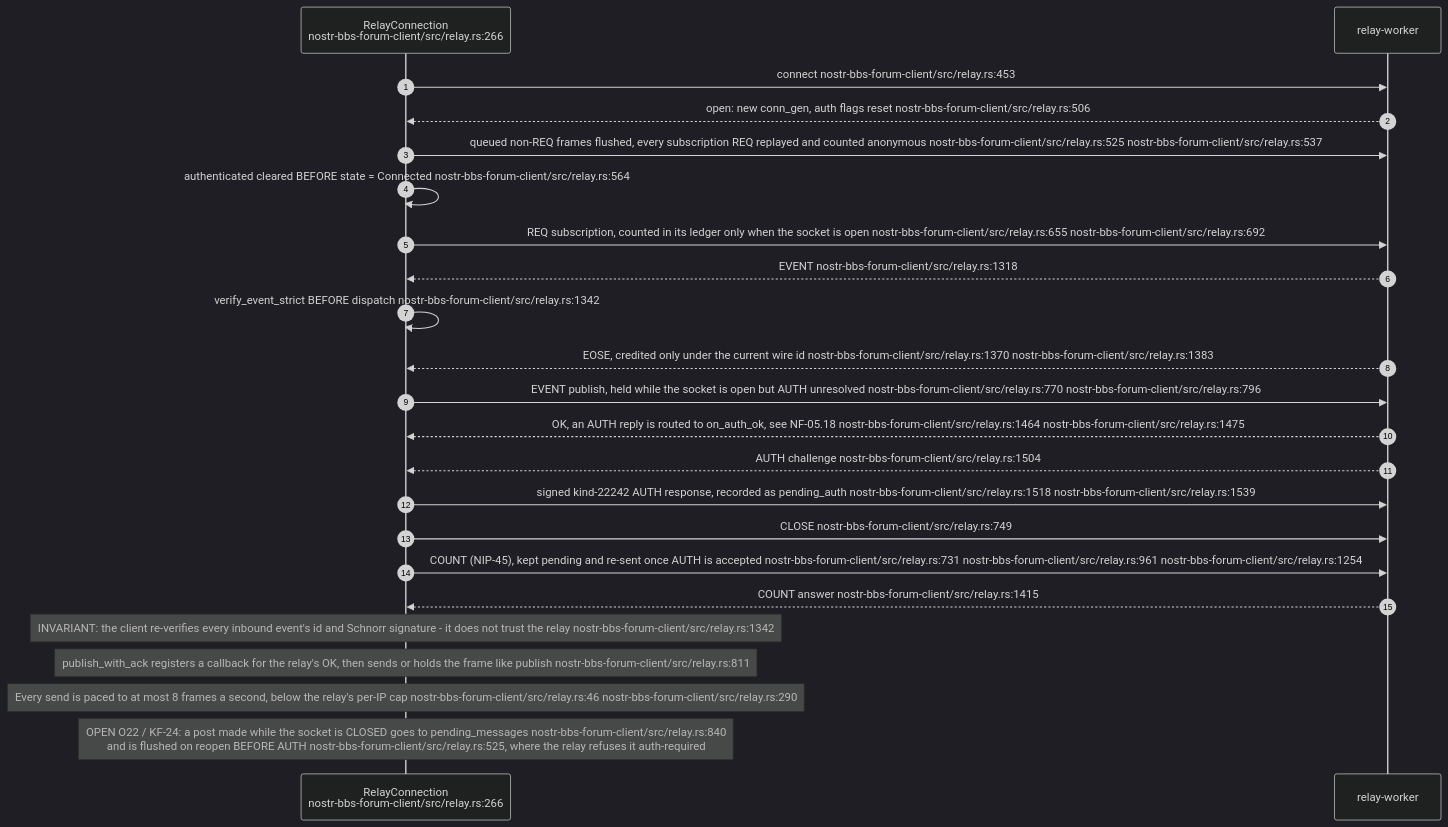
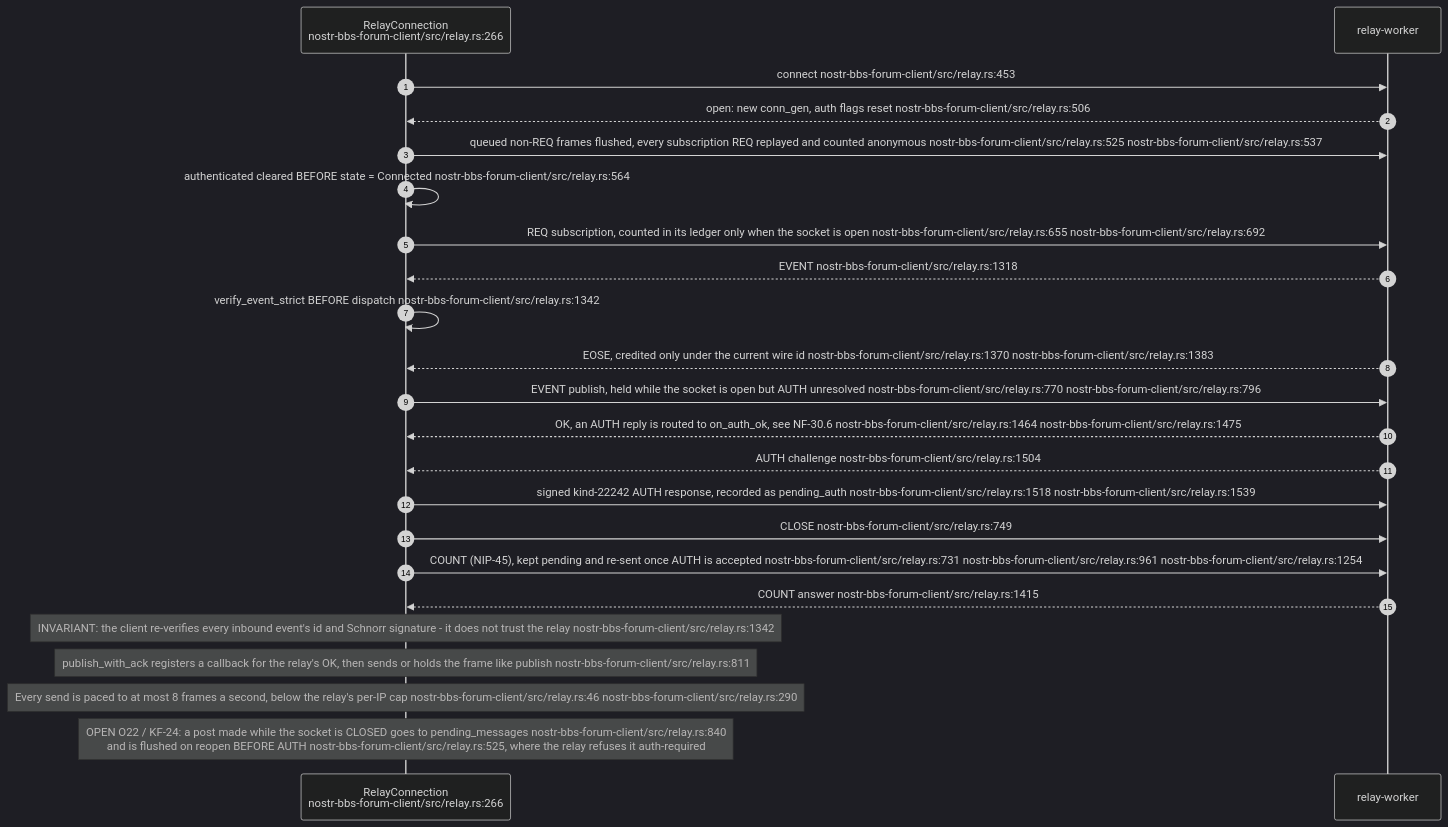
One commit to DreamLab-AI/VisionFlow changed the fifth of 8 diagrams in docs/diagrams/nostr-rust-forum/05-leptos-clients-onboarding-messaging-governance.md. Above: the diagram before and after it, drawn with Mermaid (dark theme). The commit also changed other lines of this file and 6 other files, not shown here.

First line of the commit message:
docs(diagrams): split NF-05 into NF-05, NF-30 (messaging) and NF-31 (BBS, zones, push)

````diff
--- a/docs/diagrams/nostr-rust-forum/05-leptos-clients-onboarding-messaging-governance.md
+++ b/docs/diagrams/nostr-rust-forum/05-leptos-clients-onboarding-messaging-governance.md
@@ -224,27 +225,27 @@
 ```mermaid
 sequenceDiagram
     autonumber
     participant C as RelayConnection<br/>nostr-bbs-forum-client/src/relay.rs:266
     participant R as relay-worker
 
     C->>R: connect nostr-bbs-forum-client/src/relay.rs:453
     R-->>C: open: new conn_gen, auth flags reset nostr-bbs-forum-client/src/relay.rs:506
     C->>R: queued non-REQ frames flushed, every subscription REQ replayed and counted anonymous nostr-bbs-forum-client/src/relay.rs:525 nostr-bbs-forum-client/src/relay.rs:537
     C->>C: authenticated cleared BEFORE state = Connected nostr-bbs-forum-client/src/relay.rs:564
     C->>R: REQ subscription, counted in its ledger only when the socket is open nostr-bbs-forum-client/src/relay.rs:655 nostr-bbs-forum-client/src/relay.rs:692
     R-->>C: EVENT nostr-bbs-forum-client/src/relay.rs:1318
     C->>C: verify_event_strict BEFORE dispatch nostr-bbs-forum-client/src/relay.rs:1342
     R-->>C: EOSE, credited only under the current wire id nostr-bbs-forum-client/src/relay.rs:1370 nostr-bbs-forum-client/src/relay.rs:1383
     C->>R: EVENT publish, held while the socket is open but AUTH unresolved nostr-bbs-forum-client/src/relay.rs:770 nostr-bbs-forum-client/src/relay.rs:796
-    R-->>C: OK, an AUTH reply is routed to on_auth_ok, see NF-05.18 nostr-bbs-forum-client/src/relay.rs:1464 nostr-bbs-forum-client/src/relay.rs:1475
+    R-->>C: OK, an AUTH reply is routed to on_auth_ok, see NF-30.6 nostr-bbs-forum-client/src/relay.rs:1464 nostr-bbs-forum-client/src/relay.rs:1475
     R-->>C: AUTH challenge nostr-bbs-forum-client/src/relay.rs:1504
     C->>R: signed kind-22242 AUTH response, recorded as pending_auth nostr-bbs-forum-client/src/relay.rs:1518 nostr-bbs-forum-client/src/relay.rs:1539
     C->>R: CLOSE nostr-bbs-forum-client/src/relay.rs:749
     C->>R: COUNT (NIP-45), kept pending and re-sent once AUTH is accepted nostr-bbs-forum-client/src/relay.rs:731 nostr-bbs-forum-client/src/relay.rs:961 nostr-bbs-forum-client/src/relay.rs:1254
     R-->>C: COUNT answer nostr-bbs-forum-client/src/relay.rs:1415
 
     Note over C: INVARIANT: the client re-verifies every inbound event's id and Schnorr signature - it does not trust the relay nostr-bbs-forum-client/src/relay.rs:1342
     Note over C: publish_with_ack registers a callback for the relay's OK, then sends or holds the frame like publish nostr-bbs-forum-client/src/relay.rs:811
     Note over C: Every send is paced to at most 8 frames a second, below the relay's per-IP cap nostr-bbs-forum-client/src/relay.rs:46 nostr-bbs-forum-client/src/relay.rs:290
     Note over C: OPEN O22 / KF-24: a post made while the socket is CLOSED goes to pending_messages nostr-bbs-forum-client/src/relay.rs:840<br/>and is flushed on reopen BEFORE AUTH nostr-bbs-forum-client/src/relay.rs:525, where the relay refuses it auth-required
 ```
````
